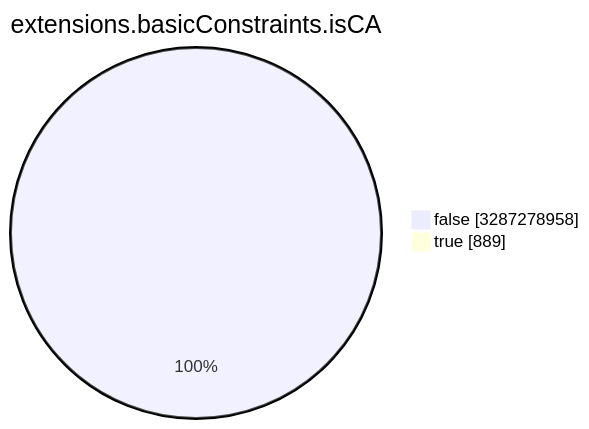
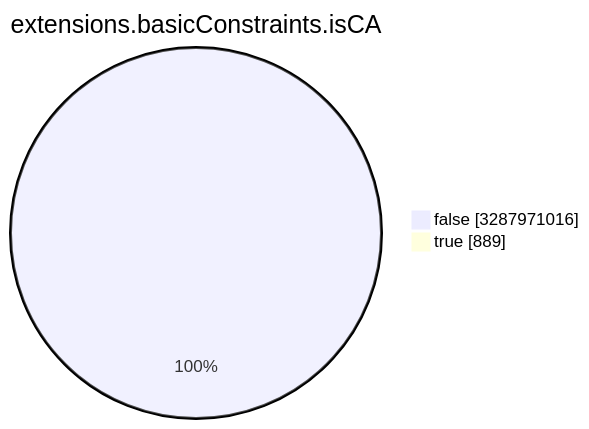
Before and after one commit to christiankrug/ctmonitor_visualization: the seventh of 15 diagrams in TOTAL/README.md, drawn with Mermaid. The commit also changed other lines of this file, not shown here.

````diff
--- a/TOTAL/README.md
+++ b/TOTAL/README.md
@@ -3089,6 +3089,6 @@
 ```mermaid
 pie showData
 title extensions.basicConstraints.isCA
-"false" :3287278958
+"false" :3287971016
 "true" :889
 ```
````
